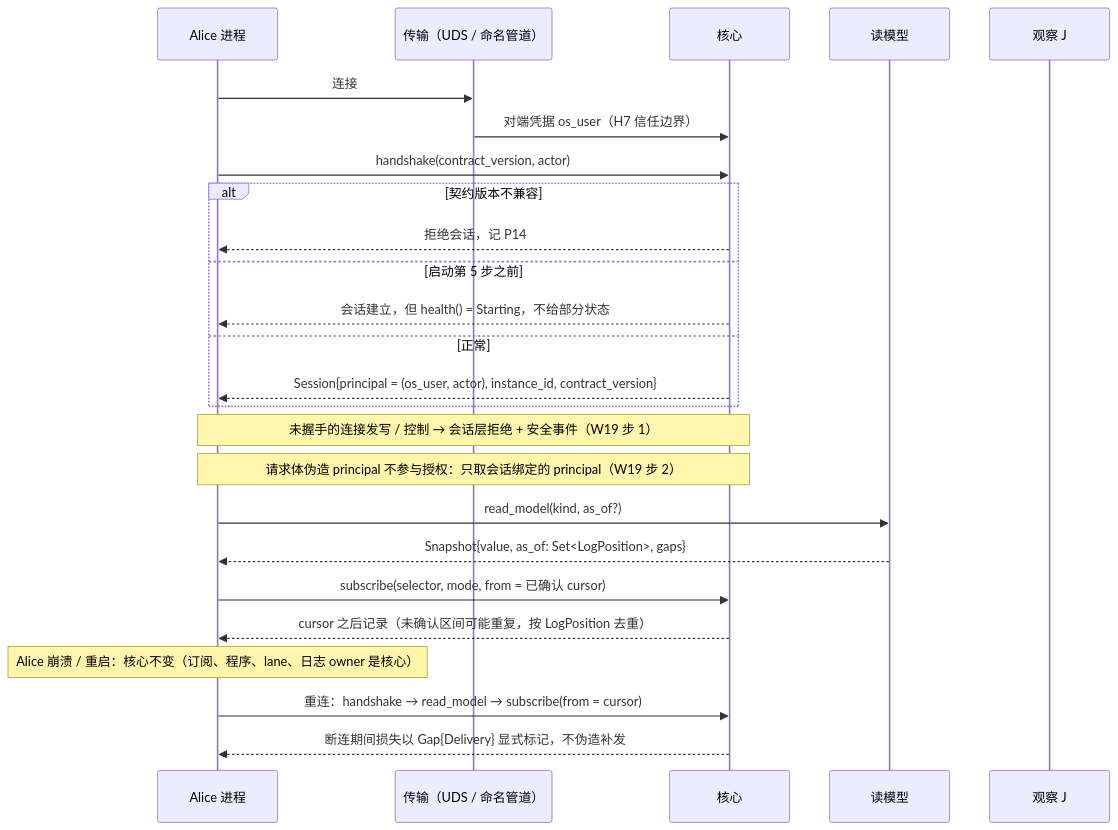
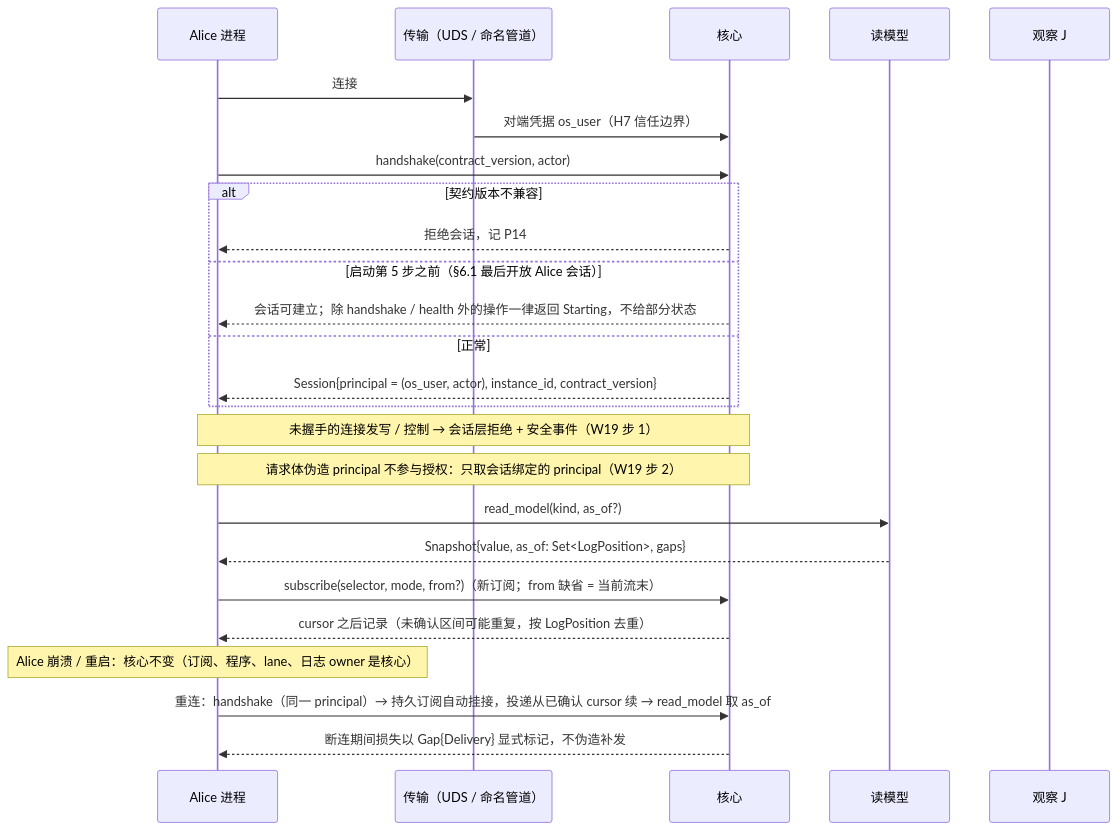
One commit to mouriya-s-lab/uta changed the first of 4 diagrams in design/diagrams/09-alice-session.md. Above: the diagram before and after it, drawn with Mermaid. The commit also changed other lines of this file and 9 other files, not shown here.

Commit message:
设计：并入 astra 复核——腿身份 AttemptRef、回执/证据字节归执行事实、EffectResponse 完成事实、AwaitingTargetTerminal 有界出口、ReconciliationReopened 重开取证、取证记录矩阵（Unavailable 不算取证）、lane 集合语义贯通、恢复先判 Resolved、alignment 读当前流末 + checked_as_of、一版一决 Conflict(AlreadyDecided)、Lag/完备位置切面、唯一边=类型依赖与语义消费、XA 类比改设计标签；图 D1–D9 同步

````diff
--- a/design/diagrams/09-alice-session.md
+++ b/design/diagrams/09-alice-session.md
@@ -9,27 +9,27 @@
 ```mermaid
 sequenceDiagram
   participant A as Alice 进程
   participant TR as 传输（UDS / 命名管道）
   participant C as 核心
   participant RM as 读模型
   participant J as 观察 J
   A->>TR: 连接
   TR->>C: 对端凭据 os_user（H7 信任边界）
   A->>C: handshake(contract_version, actor)
   alt 契约版本不兼容
     C-->>A: 拒绝会话，记 P14
-  else 启动第 5 步之前
-    C-->>A: 会话建立，但 health() = Starting，不给部分状态
+  else 启动第 5 步之前（§6.1 最后开放 Alice 会话）
+    C-->>A: 会话可建立；除 handshake / health 外的操作一律返回 Starting，不给部分状态
   else 正常
     C-->>A: Session{principal = (os_user, actor), instance_id, contract_version}
   end
   Note over A,C: 未握手的连接发写 / 控制 → 会话层拒绝 + 安全事件（W19 步 1）
   Note over A,C: 请求体伪造 principal 不参与授权：只取会话绑定的 principal（W19 步 2）
   A->>RM: read_model(kind, as_of?)
   RM-->>A: Snapshot{value, as_of: Set<LogPosition>, gaps}
-  A->>C: subscribe(selector, mode, from = 已确认 cursor)
+  A->>C: subscribe(selector, mode, from?)（新订阅；from 缺省 = 当前流末）
   C-->>A: cursor 之后记录（未确认区间可能重复，按 LogPosition 去重）
   Note over A: Alice 崩溃 / 重启：核心不变（订阅、程序、lane、日志 owner 是核心）
-  A->>C: 重连：handshake → read_model → subscribe(from = cursor)
+  A->>C: 重连：handshake（同一 principal）→ 持久订阅自动挂接，投递从已确认 cursor 续 → read_model 取 as_of
   C-->>A: 断连期间损失以 Gap{Delivery} 显式标记，不伪造补发
 ```
````
